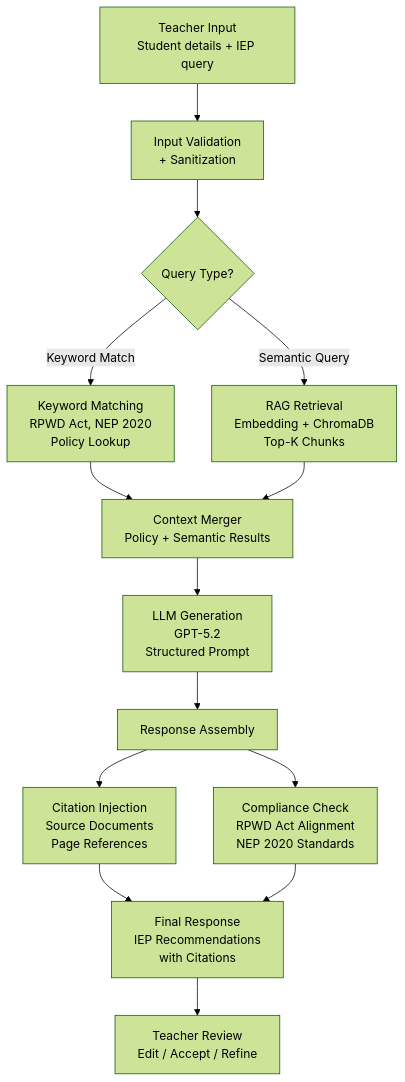
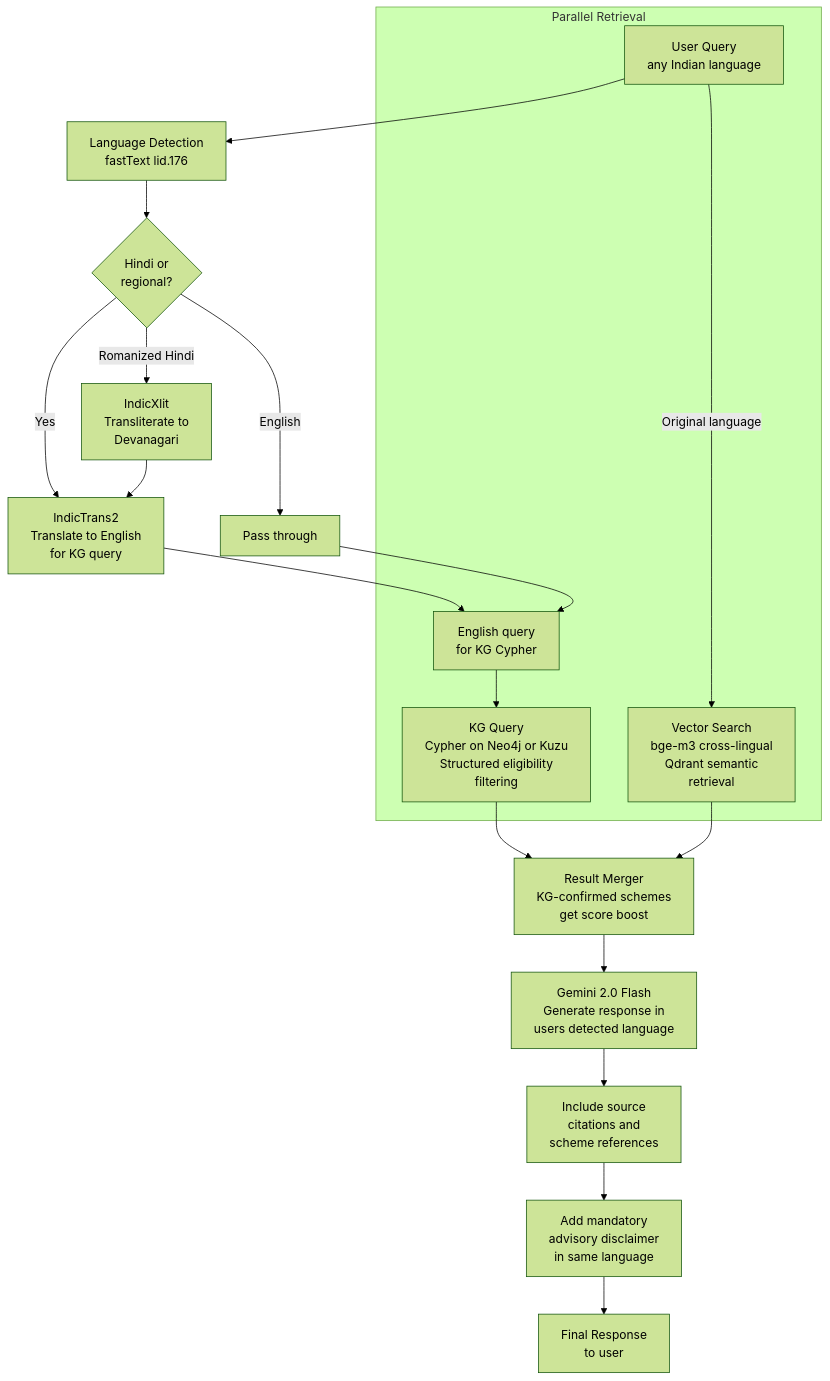
Before and after one commit to sanjaygupta-professional/genai-assignment-explainer: the diagram in images/diagrams/group-assignment/fig3-data-flow.mmd, drawn with Mermaid (forest theme). The commit also changed 20 other files, not shown here.

```diff
--- a/images/diagrams/group-assignment/fig3-data-flow.mmd
+++ b/images/diagrams/group-assignment/fig3-data-flow.mmd
@@ -1,20 +1,24 @@
 graph TD
-    A["Teacher Input\nStudent details + IEP query"] --> B["Input Validation\n+ Sanitization"]
-    B --> C{"Query Type?"}
+    A["User Query<br/>any Indian language"] --> B["Language Detection<br/>fastText lid.176"]
+    B --> C{"Hindi or<br/>regional?"}
 
-    C -->|"Keyword Match"| D["Keyword Matching\nRPWD Act, NEP 2020\nPolicy Lookup"]
-    C -->|"Semantic Query"| E["RAG Retrieval\nEmbedding + ChromaDB\nTop-K Chunks"]
+    C -->|"Yes"| D["IndicTrans2<br/>Translate to English<br/>for KG query"]
+    C -->|"English"| E["Pass through"]
+    C -->|"Romanized Hindi"| F["IndicXlit<br/>Transliterate to<br/>Devanagari"]
+    F --> D
 
-    D --> F["Context Merger\nPolicy + Semantic Results"]
-    E --> F
+    D --> G["English query<br/>for KG Cypher"]
+    E --> G
 
-    F --> G["LLM Generation\nGPT-5.2\nStructured Prompt"]
-    G --> H["Response Assembly"]
+    subgraph "Parallel Retrieval"
+        G --> H["KG Query<br/>Cypher on Neo4j or Kuzu<br/>Structured eligibility<br/>filtering"]
+        A -->|"Original language"| I["Vector Search<br/>bge-m3 cross-lingual<br/>Qdrant semantic<br/>retrieval"]
+    end
 
-    H --> I["Citation Injection\nSource Documents\nPage References"]
-    H --> J["Compliance Check\nRPWD Act Alignment\nNEP 2020 Standards"]
+    H --> J["Result Merger<br/>KG-confirmed schemes<br/>get score boost"]
+    I --> J
 
-    I --> K["Final Response\nIEP Recommendations\nwith Citations"]
-    J --> K
-
-    K --> L["Teacher Review\nEdit / Accept / Refine"]
+    J --> K["Gemini 2.0 Flash<br/>Generate response in<br/>users detected language"]
+    K --> L["Include source<br/>citations and<br/>scheme references"]
+    L --> M["Add mandatory<br/>advisory disclaimer<br/>in same language"]
+    M --> N["Final Response<br/>to user"]
```
